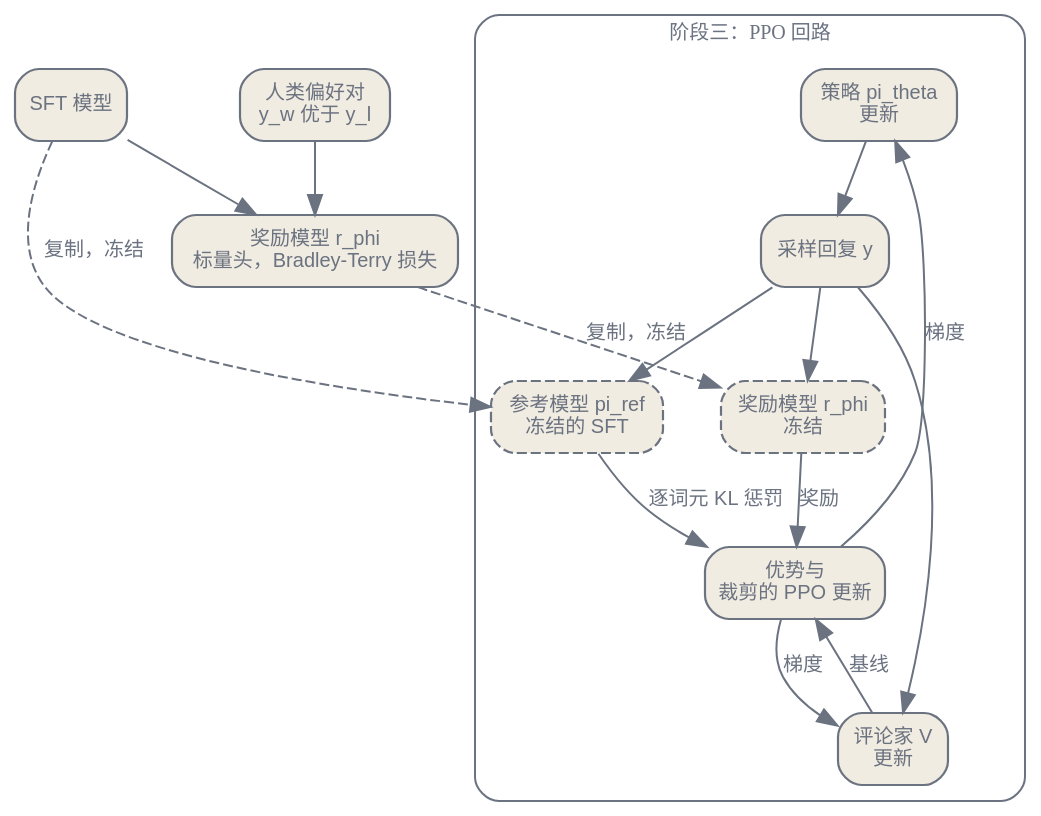
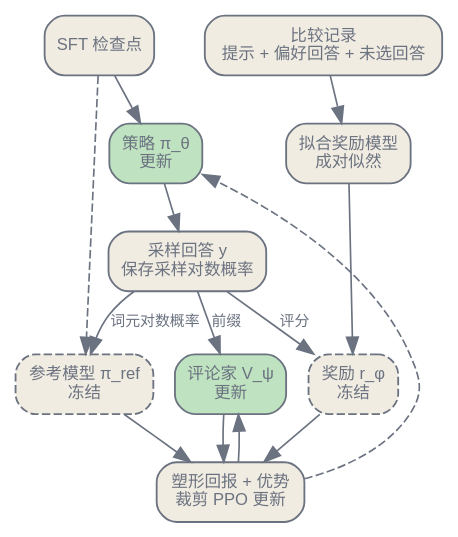
Before and after one commit to latere-ai/ai-as-an-infrastructure: the diagram in zh/adaptation/03-rlhf-reward-modeling.qmd, drawn with Graphviz. The commit also changed other lines of this file and 4 other files, not shown here.

````diff
--- a/zh/adaptation/03-rlhf-reward-modeling.qmd
+++ b/zh/adaptation/03-rlhf-reward-modeling.qmd
@@ -72,42 +167,40 @@
 ```{dot}
 //| label: fig-rlhf-pipeline
-//| fig-cap: "三阶段 RLHF 流水线。阶段一与阶段二产出冻结的参考模型与奖励模型，随后 PPO 回路同时驻留四个模型。虚线节点为冻结。仿 Ouyang 等（2022）。"
+//| fig-cap: "RLHF 先根据比较记录拟合奖励模型，再运行在线策略回路。策略与评论家会更新，参考模型与奖励模型保持冻结。四个方框表示逻辑角色，并不表示每台设备都驻留四个同样大小的完整模型副本。"
 digraph {
   bgcolor="transparent";
   rankdir=TB;
-  nodesep=0.4; ranksep=0.5;
+  size="3.1,10"; ratio=compress;
+  nodesep=0.18; ranksep=0.38;
+  graph [pad="0.08"];
   node [shape=box, style="rounded,filled", fontname="Helvetica", fontsize=10, color="#6b7280", fontcolor="#6b7280", fillcolor="#f1ece1", penwidth=1.1];
-  edge [fontsize=10, fontname="Helvetica", color="#6b7280", fontcolor="#6b7280"];
+  edge [fontsize=9, fontname="Helvetica", color="#6b7280", fontcolor="#6b7280"];
 
-  sft [label="SFT 模型"];
-  prefs [label="人类偏好对\ny_w 优于 y_l"];
-  rm [label="奖励模型 r_phi\n标量头，Bradley-Terry 损失"];
+  prefs [label="比较记录\n提示 + 偏好回答 + 未选回答"];
+  sft [label="SFT 检查点"];
+  rmtrain [label="拟合奖励模型\n成对似然"];
+  policy [label="策略 π_θ\n更新", fillcolor="#bfe3c0"];
+  sample [label="采样回答 y\n保存采样对数概率"];
+  reward [label="奖励 r_φ\n冻结", style="rounded,filled,dashed"];
+  reference [label="参考模型 π_ref\n冻结", style="rounded,filled,dashed"];
+  critic [label="评论家 V_ψ\n更新", fillcolor="#bfe3c0"];
+  update [label="塑形回报 + 优势\n裁剪 PPO 更新"];
 
-  sft -> rm;
-  prefs -> rm;
+  { rank=same; prefs; sft; }
+  { rank=same; rmtrain; policy; }
+  { rank=same; reward; critic; reference; }
 
-  subgraph cluster_ppo {
-    label="阶段三：PPO 回路";
-    style=rounded; color="#6b7280"; fontcolor="#6b7280"; fontsize=10;
-    policy [label="策略 pi_theta\n更新"];
-    gen [label="采样回复 y"];
-    ref [label="参考模型 pi_ref\n冻结的 SFT", style="rounded,filled,dashed"];
-    rmscore [label="奖励模型 r_phi\n冻结", style="rounded,filled,dashed"];
-    critic [label="评论家 V\n更新"];
-    obj [label="优势与\n裁剪的 PPO 更新"];
-
-    policy -> gen;
-    gen -> rmscore;
-    gen -> ref;
-    gen -> critic;
-    rmscore -> obj [label="奖励"];
-    ref -> obj [label="逐词元 KL 惩罚"];
-    critic -> obj [label="基线"];
-    obj -> policy [label="梯度"];
-    obj -> critic [label="梯度"];
-  }
-
-  sft -> ref [style=dashed, label="复制，冻结"];
-  rm -> rmscore [style=dashed, label="复制，冻结"];
+  prefs -> rmtrain -> reward;
+  sft -> policy;
+  sft -> reference [style=dashed];
+  policy -> sample;
+  sample -> reward [label="评分"];
+  sample -> critic [label="前缀"];
+  sample -> reference [label="词元对数概率"];
+  reward -> update;
+  critic -> update;
+  reference -> update;
+  update -> policy [style=dashed, constraint=false];
+  update -> critic [constraint=false];
 }
 ```
````
